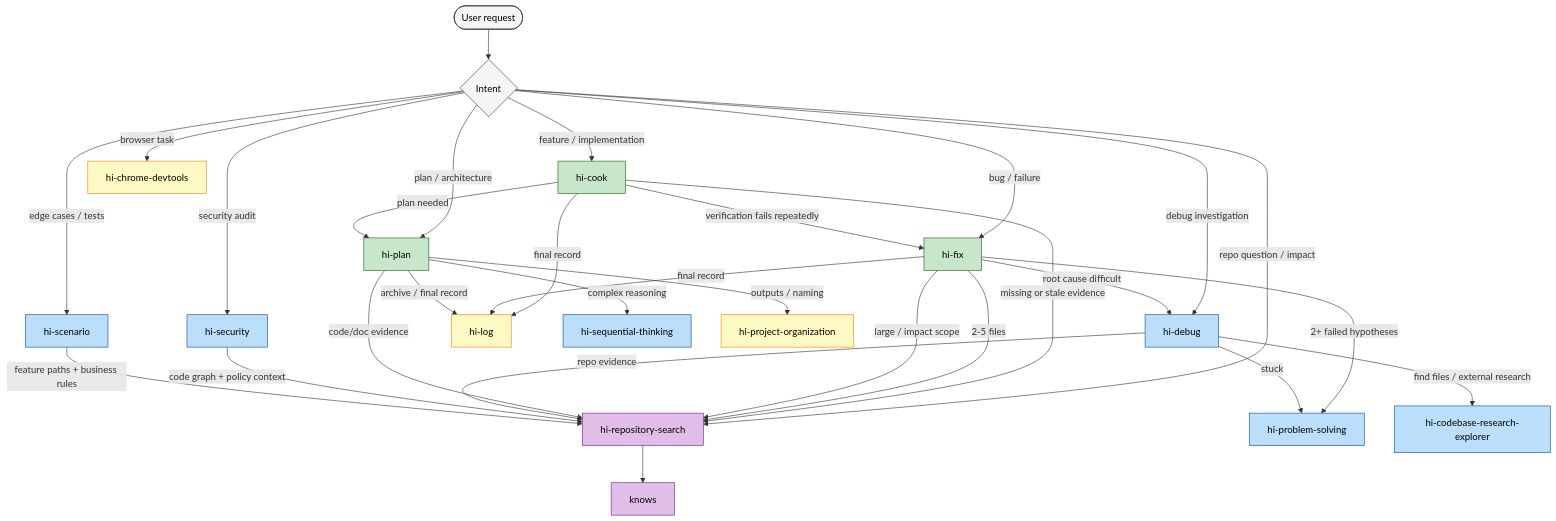
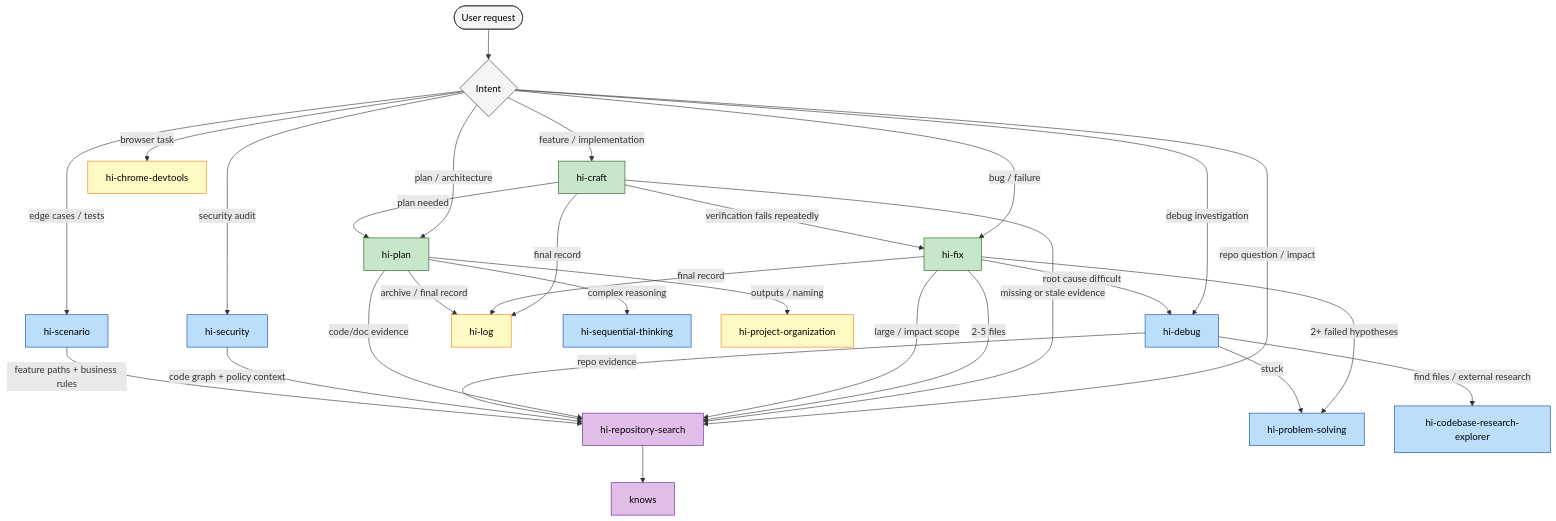
The fifth of 5 diagrams in README.md (baka3k/dev-kit), drawn with Mermaid before and after one commit. The commit also changed other lines of this file and 8 other files, not shown here.

Commit message:
Rename `hi-cook` to `hi-craft` across documentation and codebase; update related workflows and remove deprecated files.

````diff
--- a/README.md
+++ b/README.md
@@ -434,49 +434,49 @@
 ```mermaid
 graph TD
     User(["User request"]) --> Detect{"Intent"}
 
-    Detect -->|feature / implementation| Cook["hi-cook"]
+    Detect -->|feature / implementation| Craft["hi-craft"]
     Detect -->|bug / failure| Fix["hi-fix"]
     Detect -->|plan / architecture| Plan["hi-plan"]
     Detect -->|repo question / impact| RepoSearch["hi-repository-search"]
     Detect -->|debug investigation| Debug["hi-debug"]
     Detect -->|security audit| Security["hi-security"]
     Detect -->|edge cases / tests| Scenario["hi-scenario"]
     Detect -->|browser task| Chrome["hi-chrome-devtools"]
 
-    Cook -->|missing or stale evidence| RepoSearch
-    Cook -->|plan needed| Plan
-    Cook -->|verification fails repeatedly| Fix
-    Cook -->|final record| Log["hi-log"]
+    Craft -->|missing or stale evidence| RepoSearch
+    Craft -->|plan needed| Plan
+    Craft -->|verification fails repeatedly| Fix
+    Craft -->|final record| Log["hi-log"]
 
     Fix -->|2-5 files| RepoSearch
     Fix -->|large / impact scope| RepoSearch
     Fix -->|root cause difficult| Debug
     Fix -->|2+ failed hypotheses| ProblemSolving["hi-problem-solving"]
     Fix -->|final record| Log
 
     Plan -->|code/doc evidence| RepoSearch
     Plan -->|complex reasoning| Sequential["hi-sequential-thinking"]
     Plan -->|outputs / naming| Org["hi-project-organization"]
     Plan -->|archive / final record| Log
 
     Debug -->|find files / external research| Codebase-Research-Explorer["hi-codebase-research-explorer"]
     Debug -->|repo evidence| RepoSearch
     Debug -->|stuck| ProblemSolving
 
     Security -->|code graph + policy context| RepoSearch
     Scenario -->|feature paths + business rules| RepoSearch
     RepoSearch --> Knows["knows"]
 
     classDef primary fill:#c8e6c9,stroke:#1b5e20,color:#000
     classDef evidence fill:#e1bee7,stroke:#6a1b9a,color:#000
     classDef analysis fill:#bbdefb,stroke:#0d47a1,color:#000
     classDef utility fill:#fff9c4,stroke:#f57f17,color:#000
     classDef external fill:#f5f5f5,stroke:#333,color:#000
 
-    class Cook,Fix,Plan primary
+    class Craft,Fix,Plan primary
     class RepoSearch,Knows evidence
     class Debug,Security,Scenario,Sequential,ProblemSolving,Codebase-Research-Explorer analysis
     class Log,Org,Chrome utility
     class User,Detect external
 ```
````
